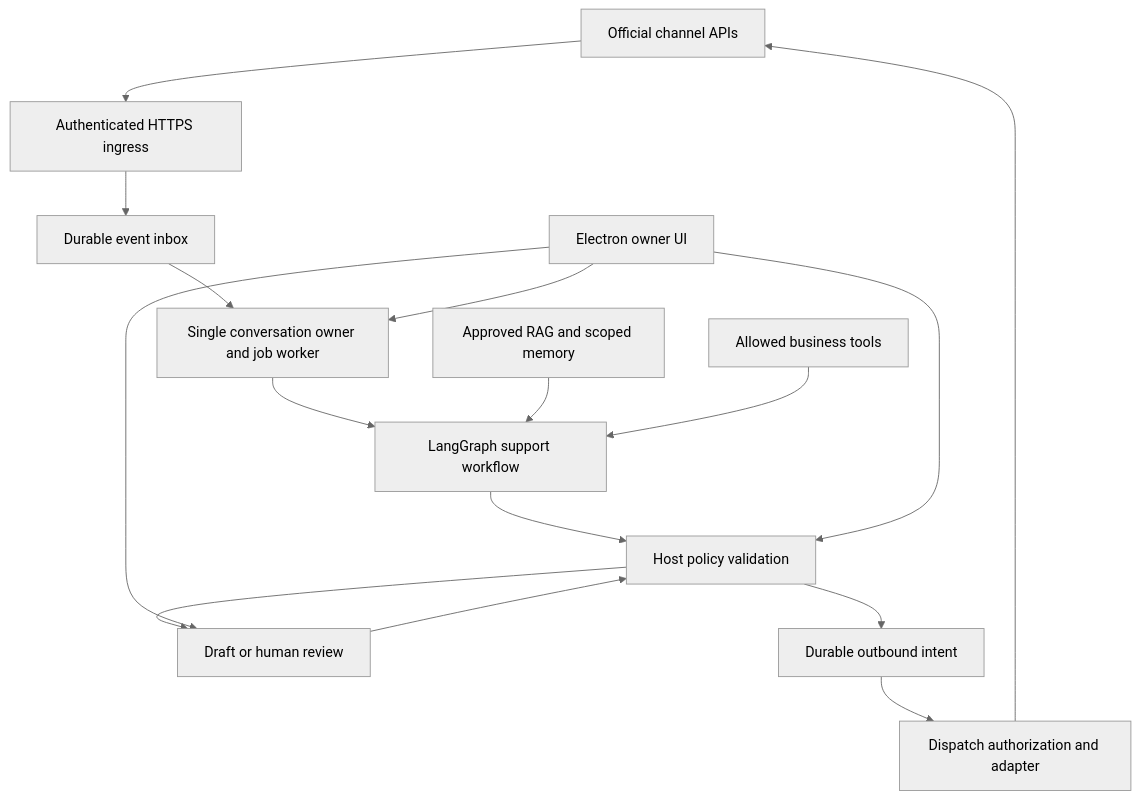
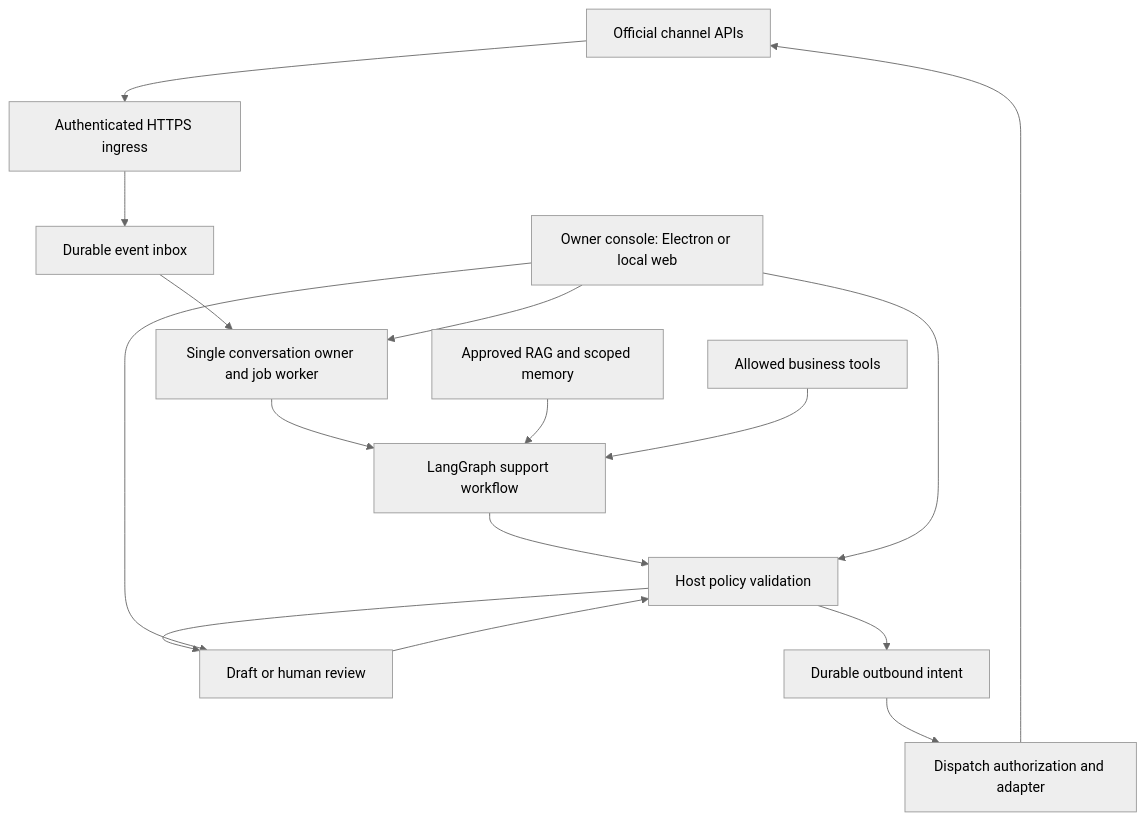
One commit to meharajM/WA-copilot changed the diagram in docs/omnichannel-langgraph-architecture.md. Above: the diagram before and after it, drawn with Mermaid (neutral theme). The commit also changed other lines of this file, not shown here.

Commit message:
docs: compare Electron and local web console

````diff
--- a/docs/omnichannel-langgraph-architecture.md
+++ b/docs/omnichannel-langgraph-architecture.md
@@ -91,18 +108,18 @@
 ```mermaid
 flowchart TD
     C[Official channel APIs] --> I[Authenticated HTTPS ingress]
     I --> E[Durable event inbox]
     E --> W[Single conversation owner and job worker]
     W --> G[LangGraph support workflow]
     K[Approved RAG and scoped memory] --> G
     T[Allowed business tools] --> G
     G --> P[Host policy validation]
     P --> H[Draft or human review]
     H --> P
     P --> O[Durable outbound intent]
     O --> D[Dispatch authorization and adapter]
     D --> C
-    U[Electron owner UI] --> W
+    U[Owner console: Electron or local web] --> W
     U --> H
     U --> P
 ```
````
